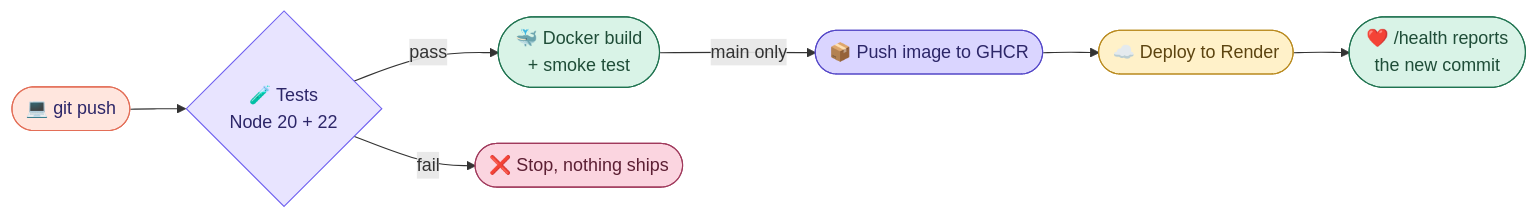
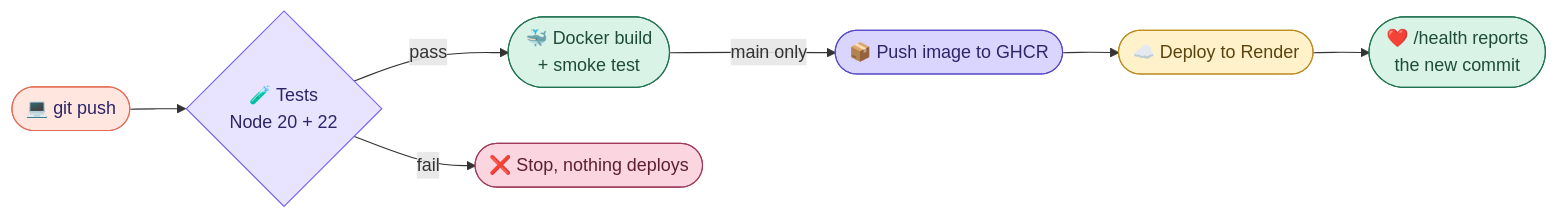
The diagram in README.md (NoyaAdivi/evenly), drawn with Mermaid before and after one commit. The commit also changed other lines of this file and 7 other files, not shown here.

````diff
--- a/README.md
+++ b/README.md
@@ -78,16 +78,16 @@
 ```mermaid
 flowchart LR
   A([💻 git push]) --> B{🧪 Tests<br/>Node 20 + 22}
   B -->|pass| C([🐳 Docker build<br/>+ smoke test])
-  B -->|fail| X([❌ Stop, nothing ships])
+  B -->|fail| X([❌ Stop, nothing deploys])
   C -->|main only| D([📦 Push image to GHCR])
   D --> E([☁️ Deploy to Render])
   E --> F([❤️ /health reports<br/>the new commit])
   style A fill:#FFE6DE,stroke:#E36E57,color:#2C2668
   style B fill:#E8E4FF,stroke:#6F60F0,color:#2C2668
   style C fill:#D9F3E7,stroke:#1F7350,color:#1F4D38
   style X fill:#FBD5E0,stroke:#A03A5C,color:#5C1F33
   style D fill:#DAD5FF,stroke:#5548C8,color:#2C2668
   style E fill:#FFF1C9,stroke:#B98A1E,color:#5C4410
   style F fill:#D9F3E7,stroke:#1F7350,color:#1F4D38
 ```
````
